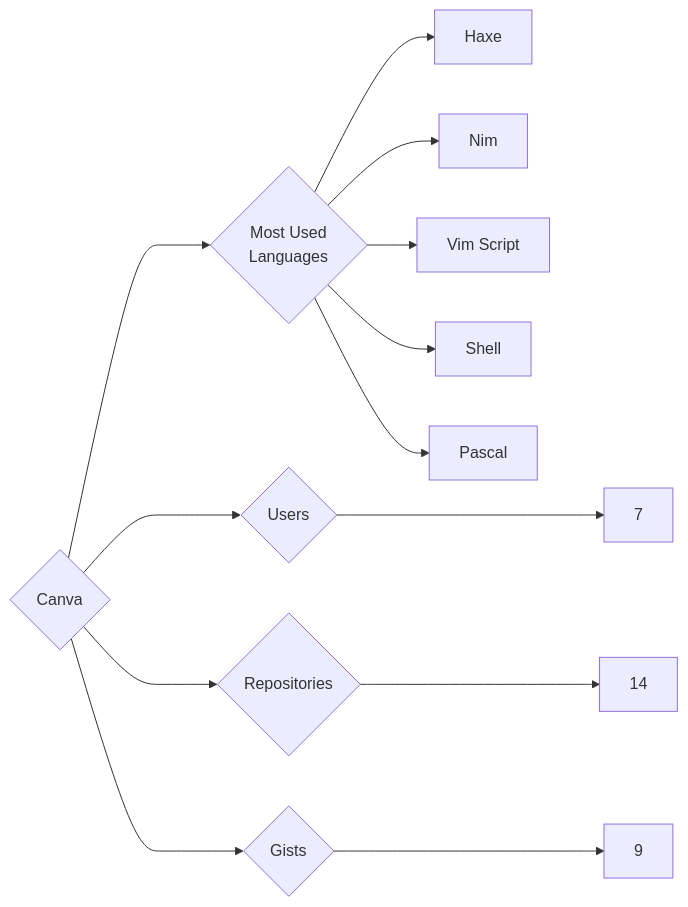
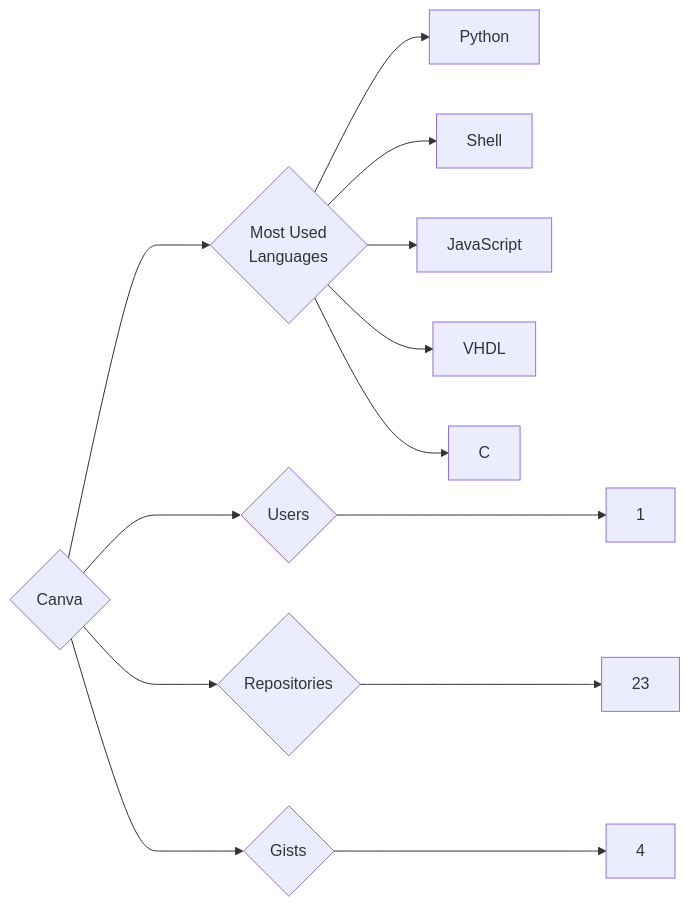
One commit to trickest/insiders changed the diagram in targets/Canva/README.md. Above: the diagram before and after it, drawn with Mermaid. The commit also changed 865 other files, not shown here.

````diff
--- a/targets/Canva/README.md
+++ b/targets/Canva/README.md
@@ -3,13 +3,13 @@
 ```mermaid
 graph LR
 COMPANY_NAME{Canva}
-COMPANY_NAME ---> U{Users} ---> UN[7]
-COMPANY_NAME ---> R{Repositories} ---> RN[14]
-COMPANY_NAME ---> G{Gists} ---> GN[9]
+COMPANY_NAME ---> U{Users} ---> UN[1]
+COMPANY_NAME ---> R{Repositories} ---> RN[23]
+COMPANY_NAME ---> G{Gists} ---> GN[4]
 COMPANY_NAME ---> ML{Most Used<br>Languages}
-ML --> Haxe[Haxe]
-ML --> Nim[Nim]
-ML --> Vim_Script[Vim Script]
+ML --> Python[Python]
 ML --> Shell[Shell]
-ML --> Pascal[Pascal]
+ML --> JavaScript[JavaScript]
+ML --> VHDL[VHDL]
+ML --> C[C]
 ```
````
